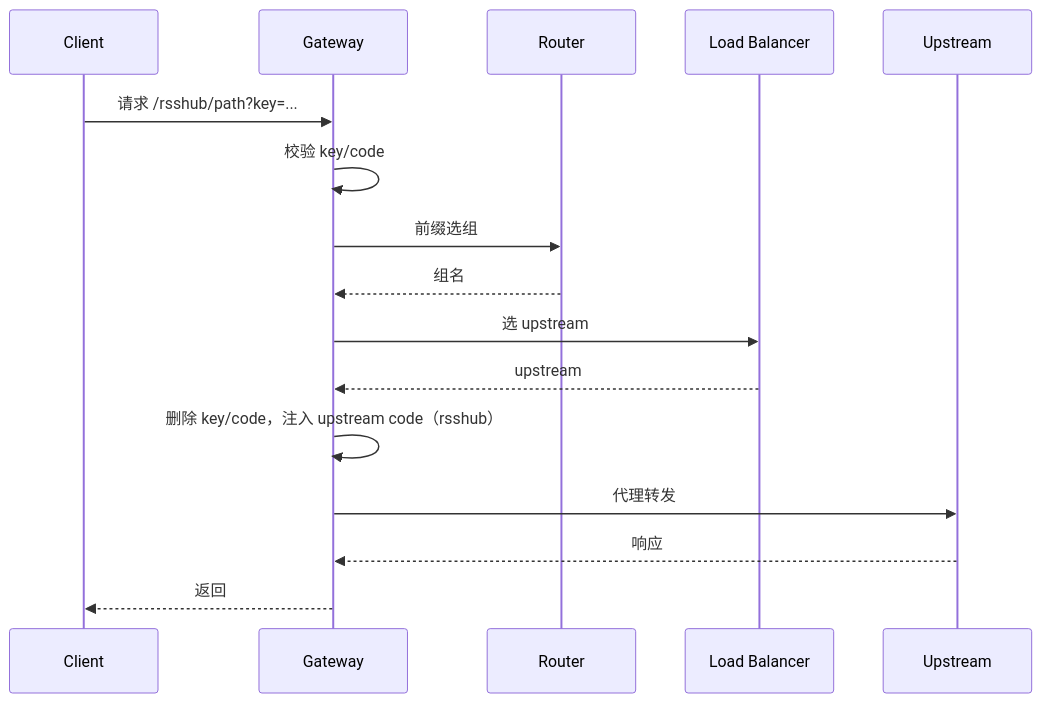
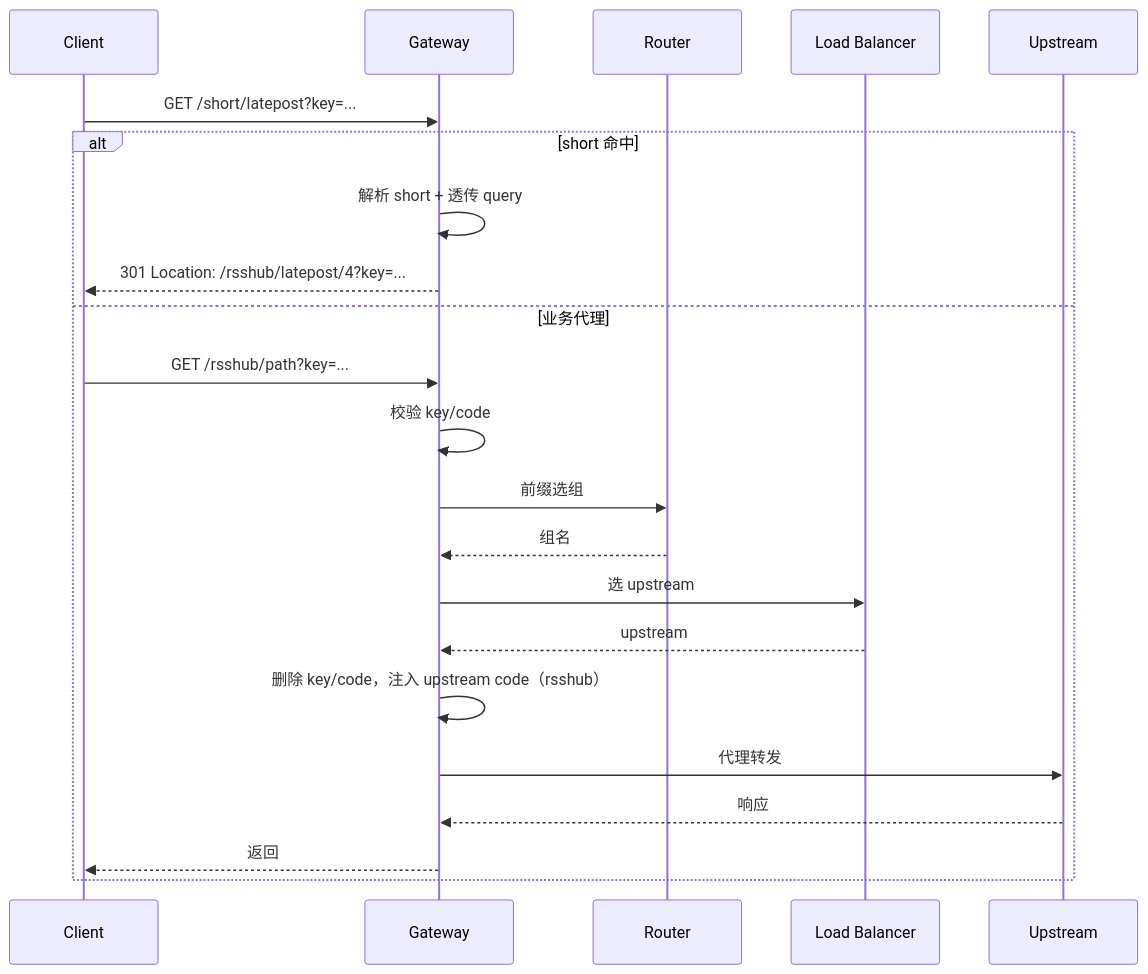
One commit to nerdneilsfield/RSSHub-Gateway changed the second of 2 diagrams in README_zh.md. Above: the diagram before and after it, drawn with Mermaid. The commit also changed other lines of this file and 1 other file, not shown here.

````diff
--- a/README_zh.md
+++ b/README_zh.md
@@ -40,19 +55,25 @@
 ```mermaid
 sequenceDiagram
     participant C as Client
     participant G as Gateway
     participant R as Router
     participant LB as Load Balancer
     participant U as Upstream
 
-    C->>G: 请求 /rsshub/path?key=...
-    G->>G: 校验 key/code
-    G->>R: 前缀选组
-    R-->>G: 组名
-    G->>LB: 选 upstream
-    LB-->>G: upstream
-    G->>G: 删除 key/code，注入 upstream code（rsshub）
-    G->>U: 代理转发
-    U-->>G: 响应
-    G-->>C: 返回
+    C->>G: GET /short/latepost?key=...
+    alt short 命中
+        G->>G: 解析 short + 透传 query
+        G-->>C: 301 Location: /rsshub/latepost/4?key=...
+    else 业务代理
+        C->>G: GET /rsshub/path?key=...
+        G->>G: 校验 key/code
+        G->>R: 前缀选组
+        R-->>G: 组名
+        G->>LB: 选 upstream
+        LB-->>G: upstream
+        G->>G: 删除 key/code，注入 upstream code（rsshub）
+        G->>U: 代理转发
+        U-->>G: 响应
+        G-->>C: 返回
+    end
 ```
````
